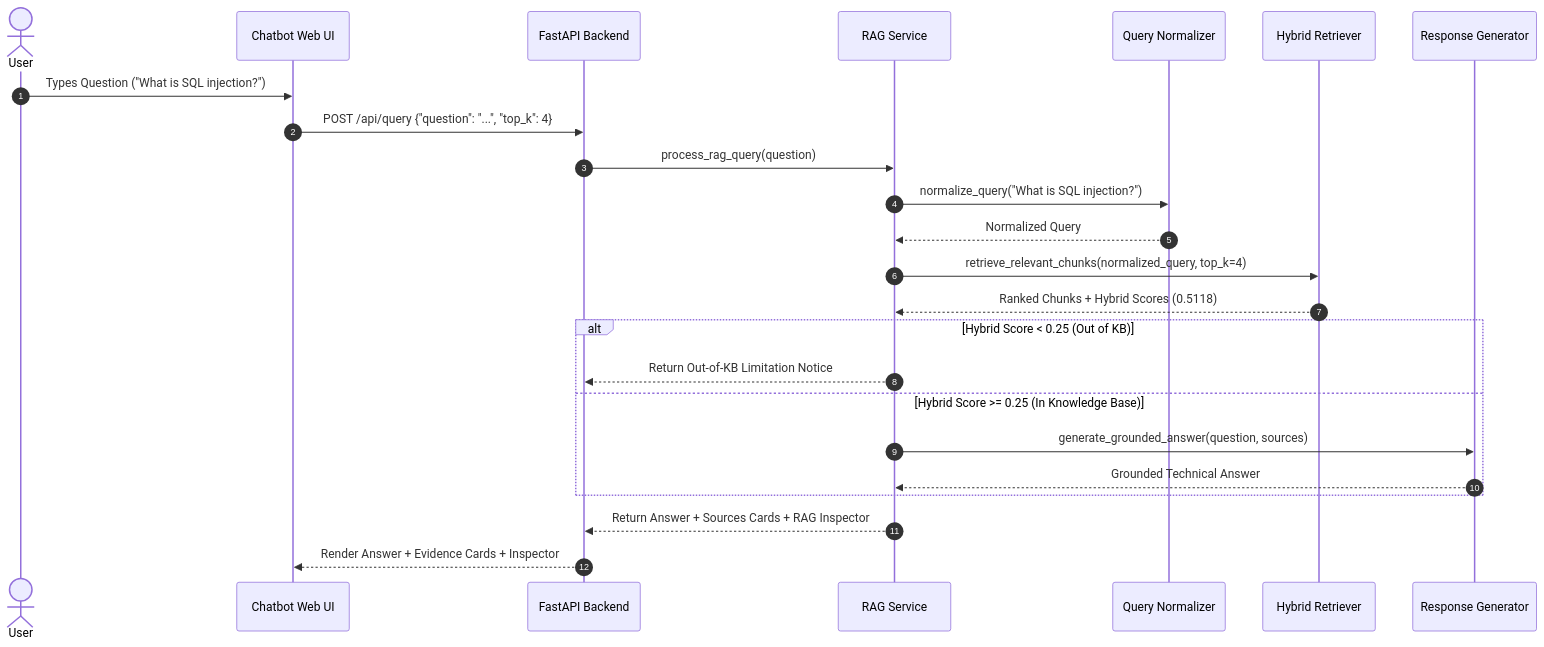
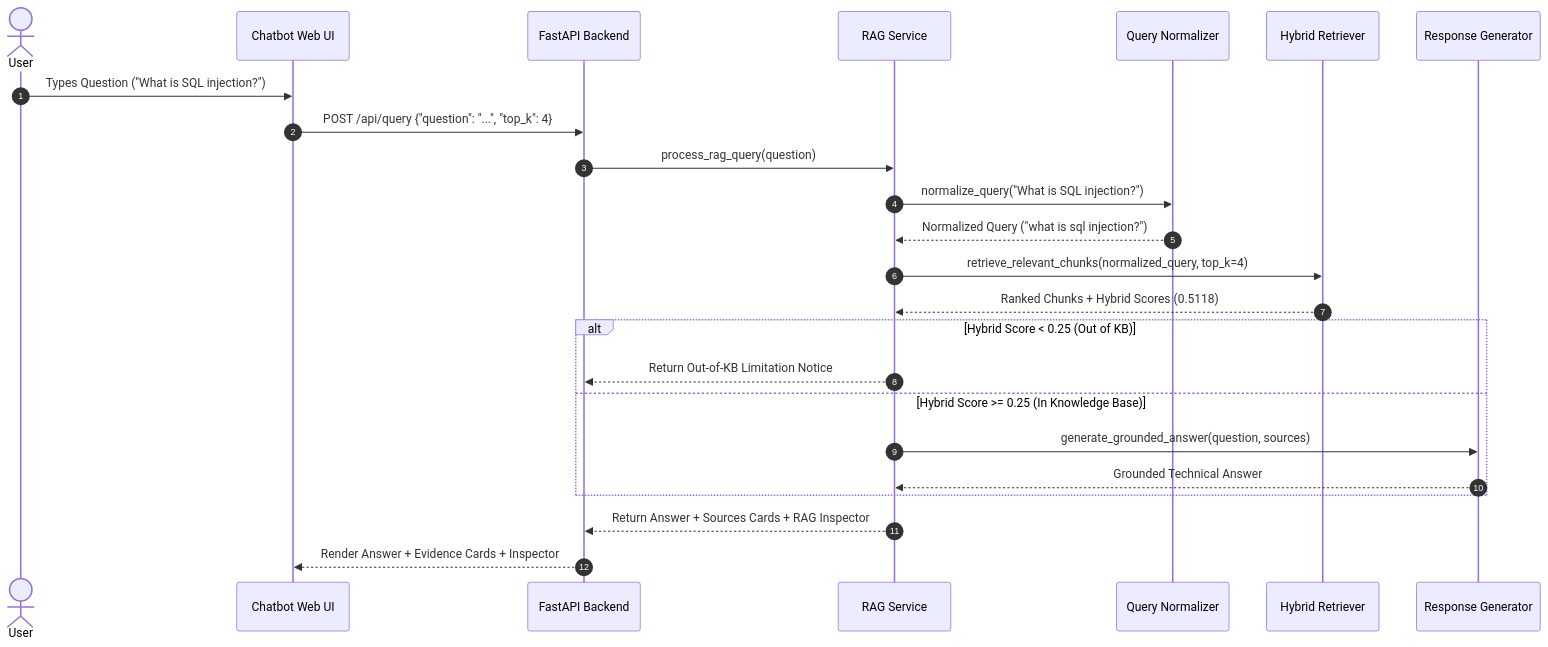
The fourth of 6 diagrams in AGENTIC_AI_LAB_COMPLETE_GUIDE.md (Vaishnav53/Applied-Agentic-AI-Lab-Experiments), drawn with Mermaid before and after one commit. The commit also changed other lines of this file and 4 other files, not shown here.

````diff
--- a/AGENTIC_AI_LAB_COMPLETE_GUIDE.md
+++ b/AGENTIC_AI_LAB_COMPLETE_GUIDE.md
@@ -578,27 +625,27 @@
 ```mermaid
 sequenceDiagram
     autonumber
     actor User
     participant UI as Chatbot Web UI
     participant API as FastAPI Backend
     participant RAG as RAG Service
     participant Norm as Query Normalizer
     participant Ret as Hybrid Retriever
     participant LLM as Response Generator
 
     User->>UI: Types Question ("What is SQL injection?")
     UI->>API: POST /api/query {"question": "...", "top_k": 4}
     API->>RAG: process_rag_query(question)
     RAG->>Norm: normalize_query("What is SQL injection?")
-    Norm-->>RAG: Normalized Query
+    Norm-->>RAG: Normalized Query ("what is sql injection?")
     RAG->>Ret: retrieve_relevant_chunks(normalized_query, top_k=4)
     Ret-->>RAG: Ranked Chunks + Hybrid Scores (0.5118)
     alt Hybrid Score < 0.25 (Out of KB)
         RAG-->>API: Return Out-of-KB Limitation Notice
     else Hybrid Score >= 0.25 (In Knowledge Base)
         RAG->>LLM: generate_grounded_answer(question, sources)
         LLM-->>RAG: Grounded Technical Answer
     end
     RAG-->>API: Return Answer + Sources Cards + RAG Inspector
     API-->>UI: Render Answer + Evidence Cards + Inspector
 ```
````
